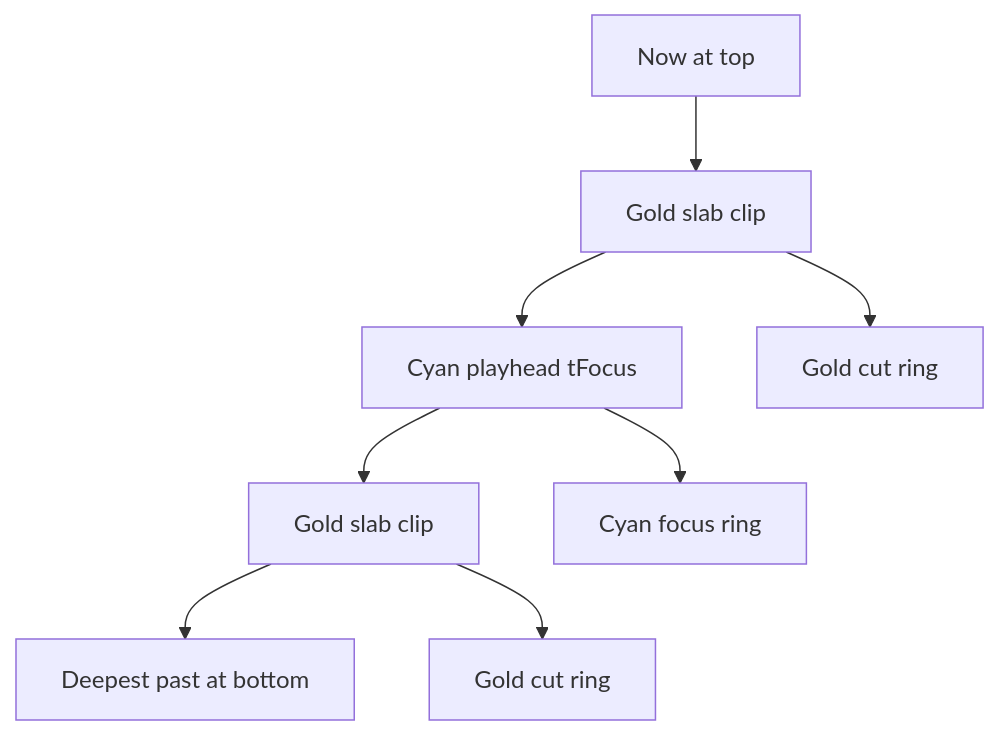
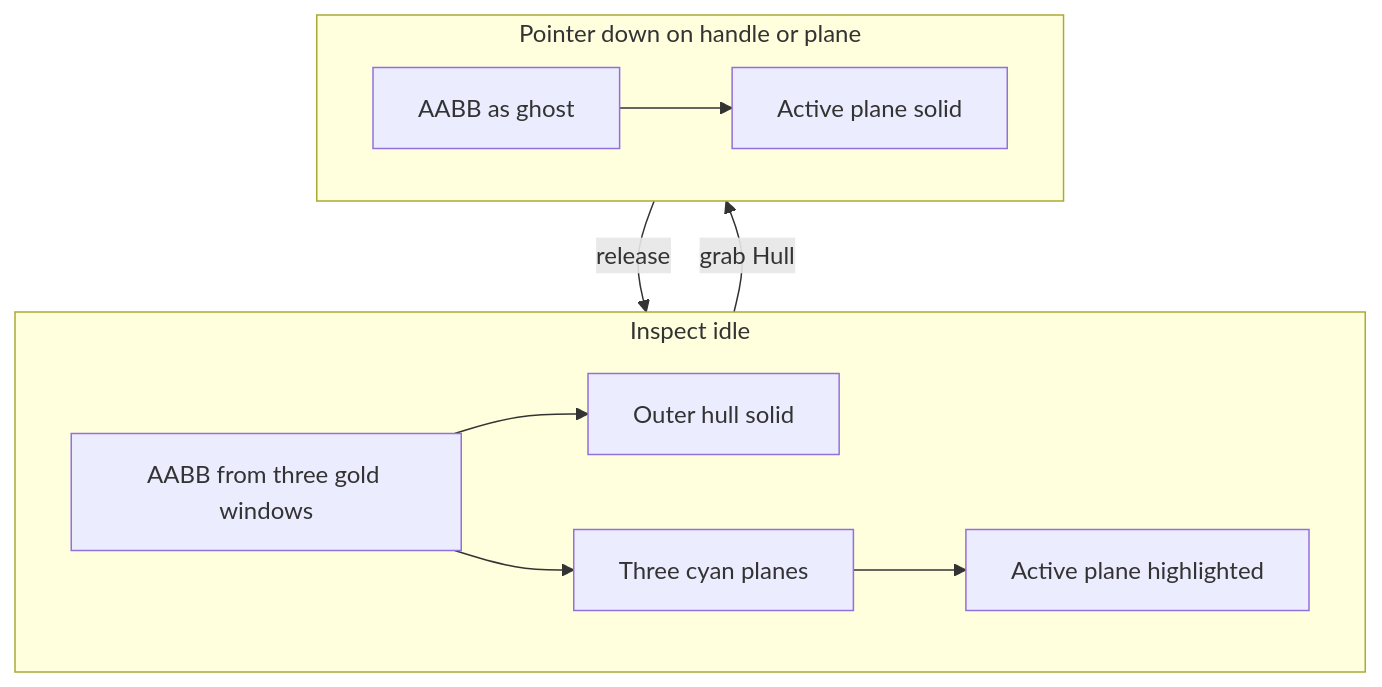
Before and after one commit to PiMaV/DONNER: diagram 14 of 27 in architecture.md, drawn with Mermaid. The commit also changed other lines of this file and 27 other files, not shown here.

Commit message:
Collect Inspect AABB crop and Conway ash on main, and keep the stashed headlamp module so parallel lighting work is not lost.

````diff
--- a/architecture.md
+++ b/architecture.md
@@ -326,15 +328,19 @@
 ```mermaid
 flowchart TB
-  now[Now at top]
-  hi[Gold slab clip]
-  thumb[Cyan playhead tFocus]
-  lo[Gold slab clip]
-  past[Deepest past at bottom]
-  now --> hi
-  hi --> thumb
-  thumb --> lo
-  lo --> past
-  thumb --> plane[Cyan focus ring]
-  hi --> cutHi[Gold cut ring]
-  lo --> cutLo[Gold cut ring]
+  subgraph idle [Inspect idle]
+    aabb[AABB from three gold windows]
+    hull[Outer hull solid]
+    planes[Three cyan planes]
+    active[Active plane highlighted]
+    aabb --> hull
+    aabb --> planes
+    planes --> active
+  end
+  subgraph drag [Pointer down on handle or plane]
+    ghost[AABB as ghost]
+    cut[Active plane solid]
+    ghost --> cut
+  end
+  idle -->|grab Hull| drag
+  drag -->|release| idle
 ```
````
